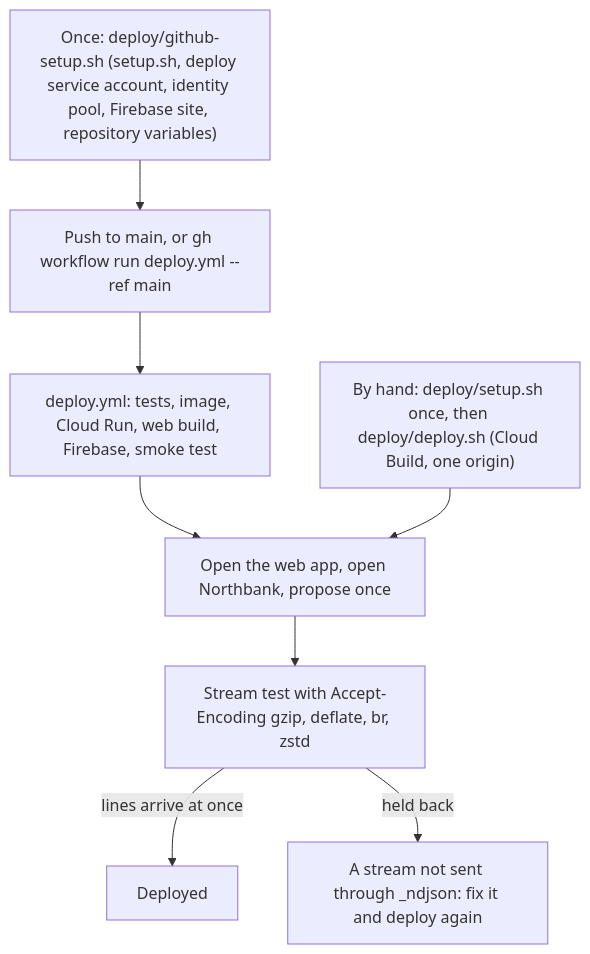
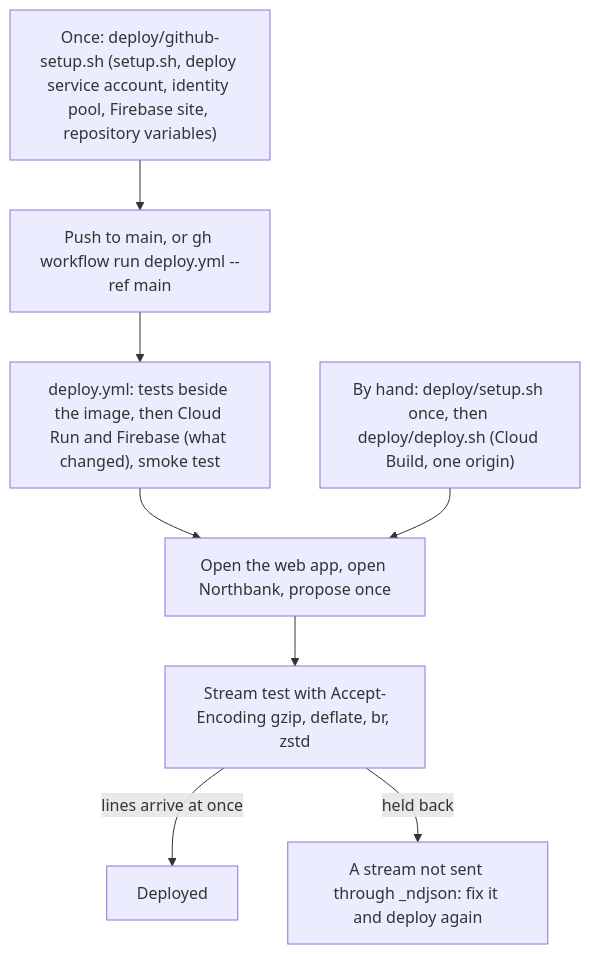
The third of 3 diagrams in docs/architecture/17-deployment-and-operations.md (Saravana-Rajan/IRIS), drawn with Mermaid before and after one commit. The commit also changed other lines of this file and 3 other files, not shown here.

First line of the commit message:
docs: the faster deploy pipeline (17, 18, deploy/README.md) and a build-log entry

````diff
--- a/docs/architecture/17-deployment-and-operations.md
+++ b/docs/architecture/17-deployment-and-operations.md
@@ -346,10 +401,10 @@
 ```mermaid
 flowchart TD
   once["Once: deploy/github-setup.sh (setup.sh, deploy service account, identity pool, Firebase site, repository variables)"] --> push["Push to main, or gh workflow run deploy.yml --ref main"]
-  push --> pipeline["deploy.yml: tests, image, Cloud Run, web build, Firebase, smoke test"]
+  push --> pipeline["deploy.yml: tests beside the image, then Cloud Run and Firebase (what changed), smoke test"]
   pipeline --> check["Open the web app, open Northbank, propose once"]
   hand["By hand: deploy/setup.sh once, then deploy/deploy.sh (Cloud Build, one origin)"] --> check
   check --> stream["Stream test with Accept-Encoding gzip, deflate, br, zstd"]
   stream -->|"lines arrive at once"| ok["Deployed"]
   stream -->|"held back"| fix["A stream not sent through _ndjson: fix it and deploy again"]
 ```
````
